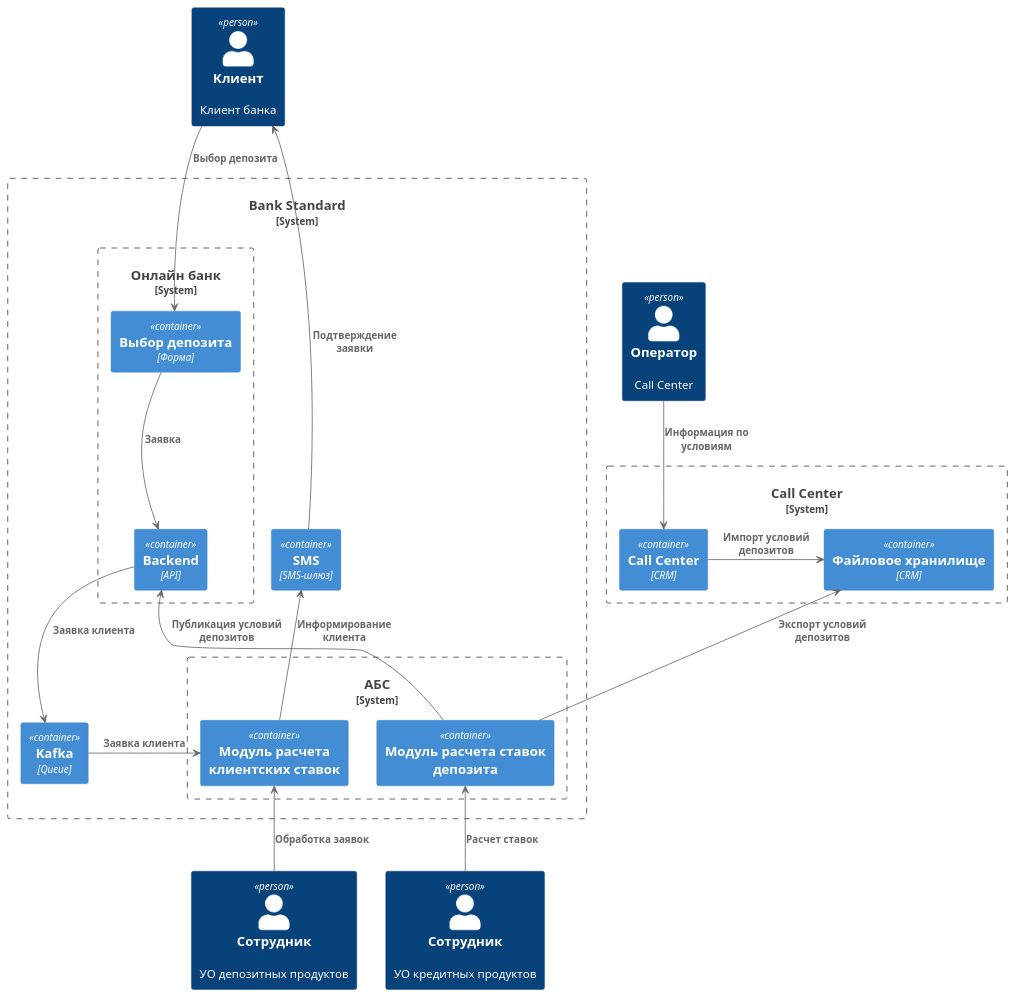
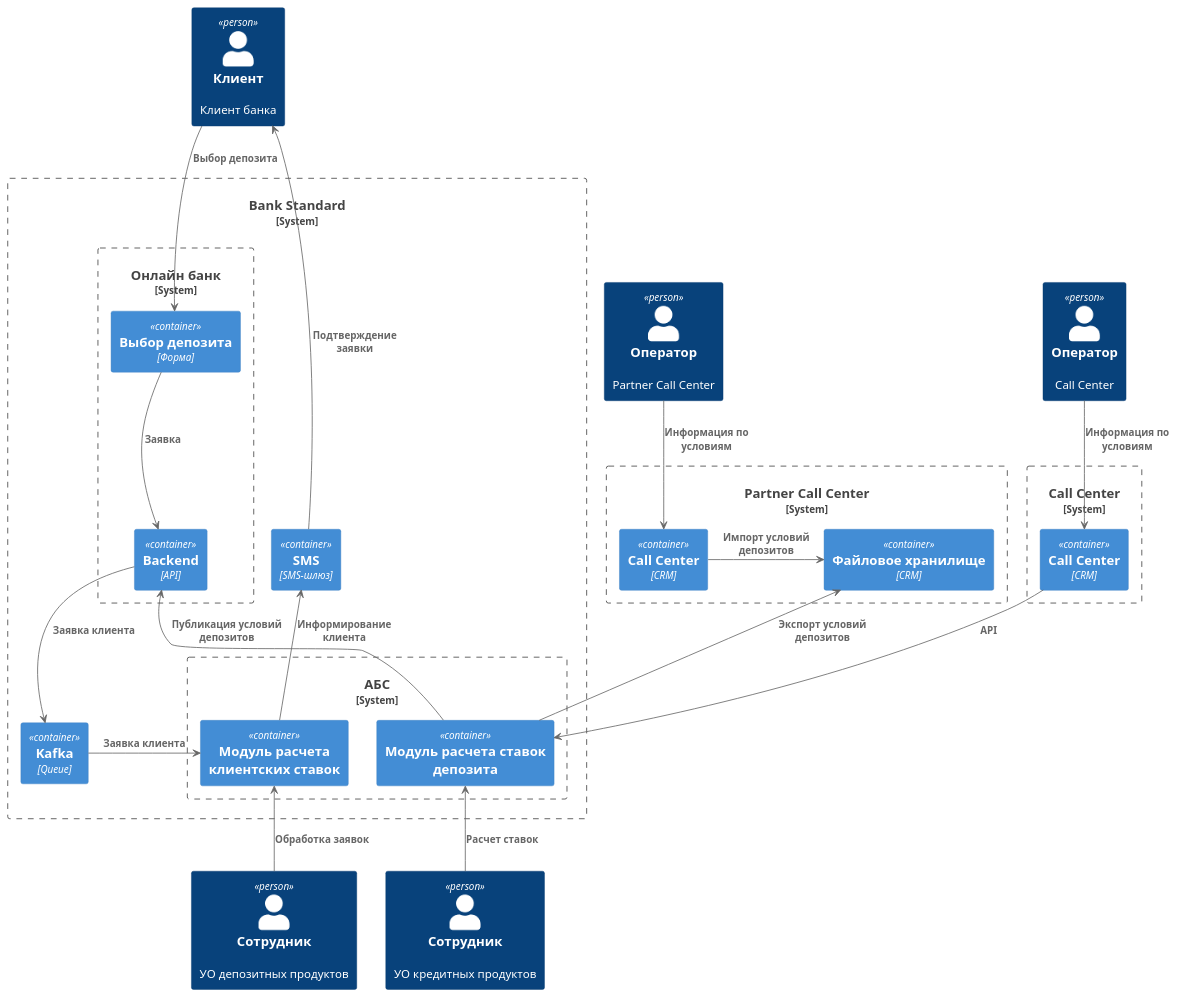
The diagram in Task4/context.puml (Kraktorist/standard), drawn with PlantUML before and after one commit. The commit also changed 4 other files, not shown here.

```diff
--- a/Task4/context.puml
+++ b/Task4/context.puml
@@ -1,45 +1,52 @@
 @startuml context
 !includeurl https://raw.githubusercontent.com/plantuml-stdlib/C4-PlantUML/master/C4_Container.puml
 
 'top to bottom direction
 
 Person(customer, "Клиент", "Клиент банка")
 Person(ccOperator, "Оператор", "Call Center")
+Person(pccOperator, "Оператор", "Partner Call Center")
 Person(boDeposit, "Сотрудник", "УО депозитных продуктов")
 Person(boCredit, "Сотрудник", "УО кредитных продуктов")
 System_Boundary(Bank, "Bank Standard") {
 
     Container(sms, "SMS", "SMS-шлюз")
     Container(queue, "Kafka", "Queue")
 
   System_Boundary(website, "Онлайн банк") {
     Container(depositeAPI, "Backend", "API")
     Container(depositeForm, "Выбор депозита", "Форма")
   }
   System_Boundary(abs, "АБС") {
     Container(depositeModule, "Модуль расчета ставок депозита")
     Container(customerModule, "Модуль расчета клиентских ставок")
   }
 }
 
-System_Boundary(callCenter, "Call Center") {
-  Container(crmCC, "Call Center", "CRM")
+System_Boundary(pcallCenter, "Partner Call Center") {
+  Container(pcrmCC, "Call Center", "CRM")
   Container(storageCC, "Файловое хранилище", "CRM")
 }
 
+System_Boundary(callCenter, "Call Center") {
+  Container(crmCC, "Call Center", "CRM")
+}
 
 Rel_(ccOperator, crmCC, "Информация по условиям", "-DOWN->")
+Rel_(crmCC, depositeModule, "API", "-DOWN->")
+
+Rel_(pccOperator, pcrmCC, "Информация по условиям", "-DOWN->")
 Rel_(depositeModule, storageCC, "Экспорт условий депозитов","-UP->")
-Rel_(crmCC, storageCC, "Импорт условий депозитов","-RIGHT->")
+Rel_(pcrmCC, storageCC, "Импорт условий депозитов","-RIGHT->")
 
 Rel_(customer, depositeForm, "Выбор депозита", "-DOWN->")
 Rel_(sms, customer, "Подтверждение заявки","-UP->")
 
 Rel_(depositeForm, depositeAPI, "Заявка", "-DOWN->")
 Rel_(boCredit, depositeModule, "Расчет ставок", "-UP->")
 Rel_(boDeposit, customerModule, "Обработка заявок", "-UP->")
 Rel_(depositeModule, depositeAPI, "Публикация условий депозитов","-UP->")
 Rel_(depositeAPI, queue, "Заявка клиента","-RIGHT->")
 Rel_(queue, customerModule, "Заявка клиента","-LEFT->")
 Rel_(customerModule, sms, "Информирование клиента","-UP->")
 @enduml
```
